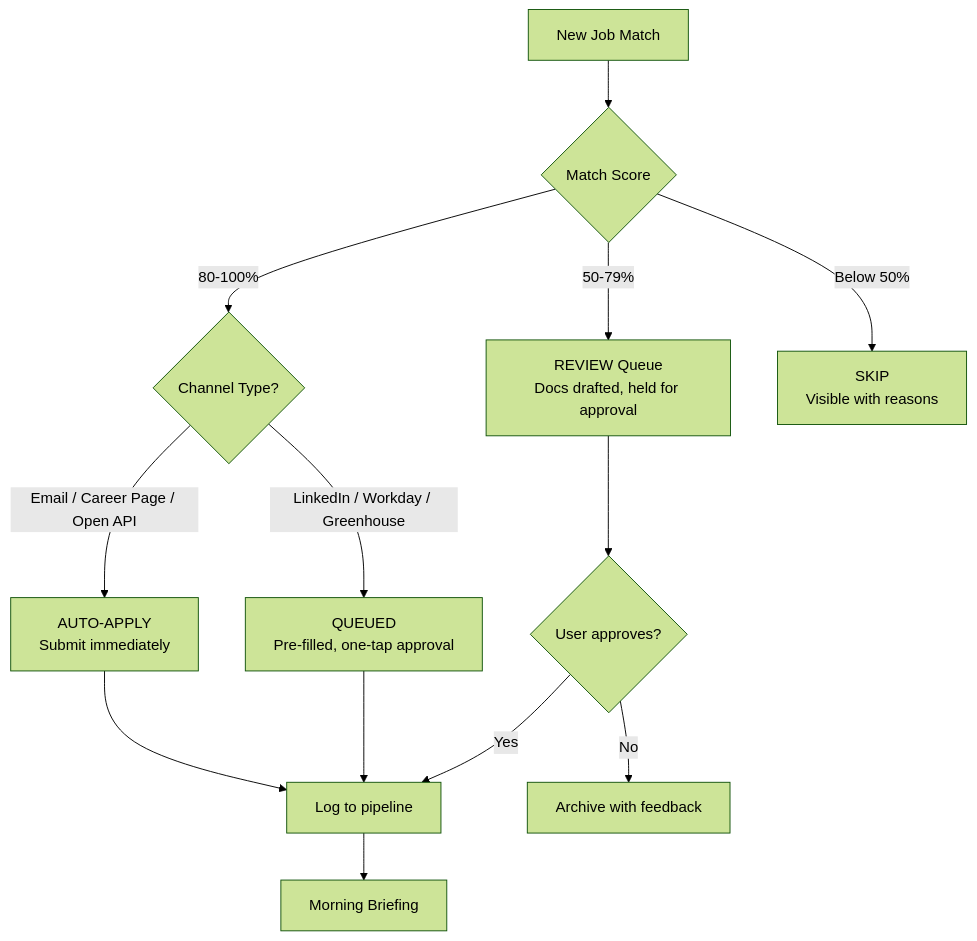
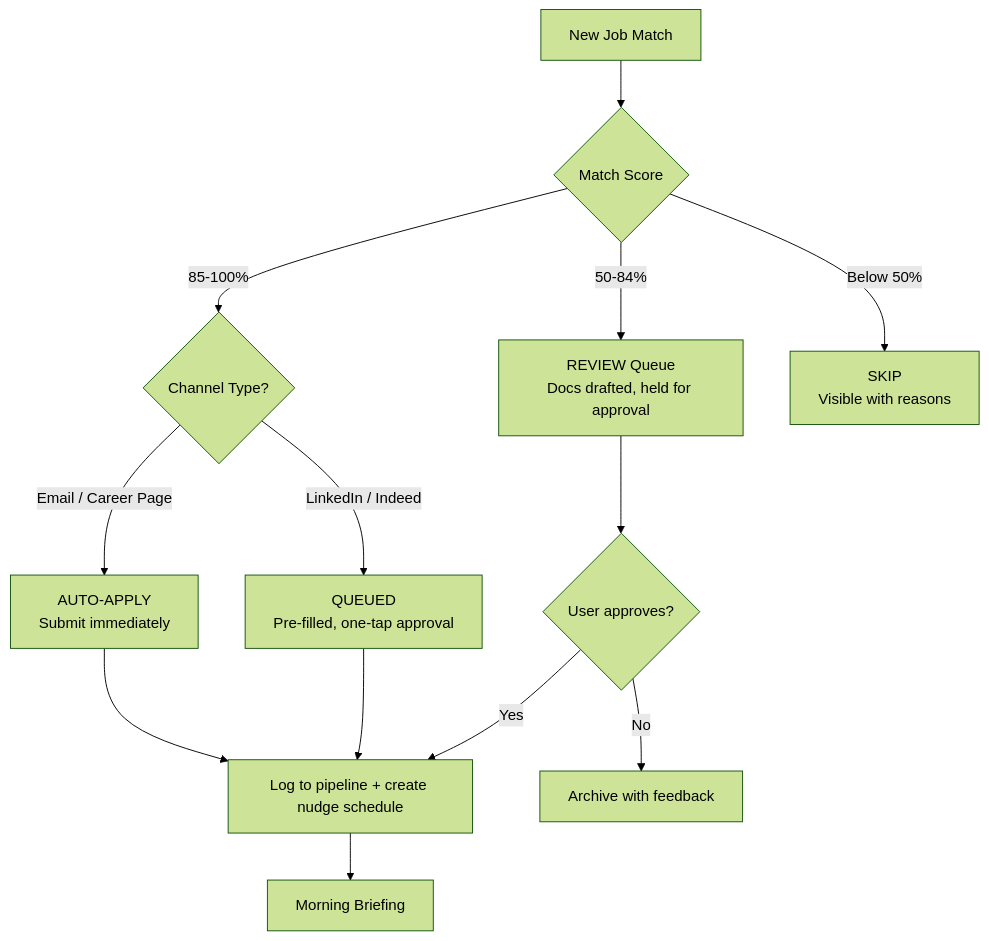
The third of 5 diagrams in docs/PRD.md (MsSaidat25/AI-Job-Agent), drawn with Mermaid (forest theme) before and after one commit. The commit also changed other lines of this file and 26 other files, not shown here.

First line of the commit message:
Harden backend, redesign product vision, add Career Dreamer-inspired roadmap (#11)

````diff
--- a/docs/PRD.md
+++ b/docs/PRD.md
@@ -922,17 +1006,17 @@
 ```mermaid
 flowchart TD
     A[New Job Match] --> B{Match Score}
-    B -->|80-100%| C{Channel Type?}
-    B -->|50-79%| D[REVIEW Queue<br/>Docs drafted, held for approval]
+    B -->|85-100%| C{Channel Type?}
+    B -->|50-84%| D[REVIEW Queue<br/>Docs drafted, held for approval]
     B -->|Below 50%| E[SKIP<br/>Visible with reasons]
 
-    C -->|Email / Career Page / Open API| F[AUTO-APPLY<br/>Submit immediately]
-    C -->|LinkedIn / Workday / Greenhouse| G[QUEUED<br/>Pre-filled, one-tap approval]
+    C -->|Email / Career Page| F[AUTO-APPLY<br/>Submit immediately]
+    C -->|LinkedIn / Indeed| G[QUEUED<br/>Pre-filled, one-tap approval]
 
-    F --> H[Log to pipeline]
+    F --> H[Log to pipeline + create nudge schedule]
     G --> H
     D --> I{User approves?}
     I -->|Yes| H
     I -->|No| J[Archive with feedback]
     H --> K[Morning Briefing]
 ```
````
